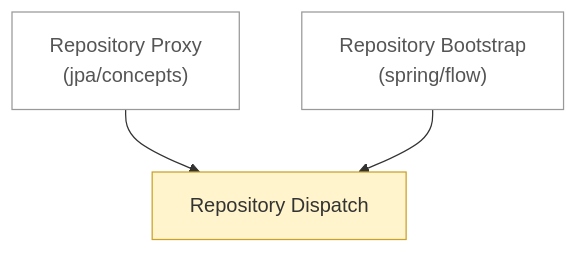
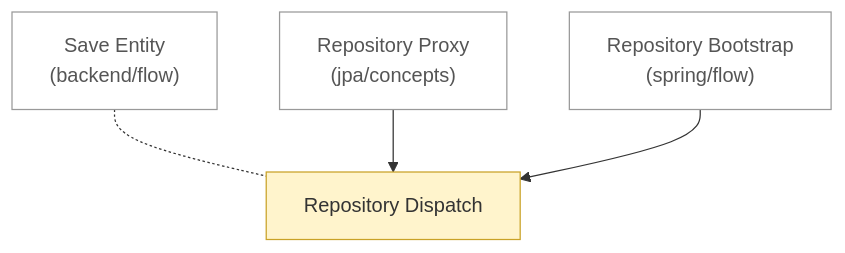
One commit to Pizza-Mozzarella/self-learning changed the diagram in notes/backend/spring/data/jpa/flow/README.md. Above: the diagram before and after it, drawn with Mermaid. The commit also changed other lines of this file and 44 other files, not shown here.

````diff
--- a/notes/backend/spring/data/jpa/flow/README.md
+++ b/notes/backend/spring/data/jpa/flow/README.md
@@ -6,12 +6,14 @@
 ```mermaid
 flowchart TD
     n0["Repository Dispatch"]:::draft
-    n1["Repository Proxy<br/>(jpa/concepts)"]:::ext
-    n2["Repository Bootstrap<br/>(spring/flow)"]:::ext
-    n1 --> n0
+    n1["Save Entity<br/>(backend/flow)"]:::ext
+    n2["Repository Proxy<br/>(jpa/concepts)"]:::ext
+    n3["Repository Bootstrap<br/>(spring/flow)"]:::ext
+    n1 -.- n0
     n2 --> n0
+    n3 --> n0
     classDef stub fill:#eeeeee,stroke:#999999,stroke-dasharray:4 3,color:#555555
     classDef draft fill:#fff4cc,stroke:#c9a227,color:#333333
     classDef ok fill:#d8f0dc,stroke:#3a9d5d,color:#222222
     classDef ext fill:#ffffff,stroke:#999999,color:#555555
 ```
````
